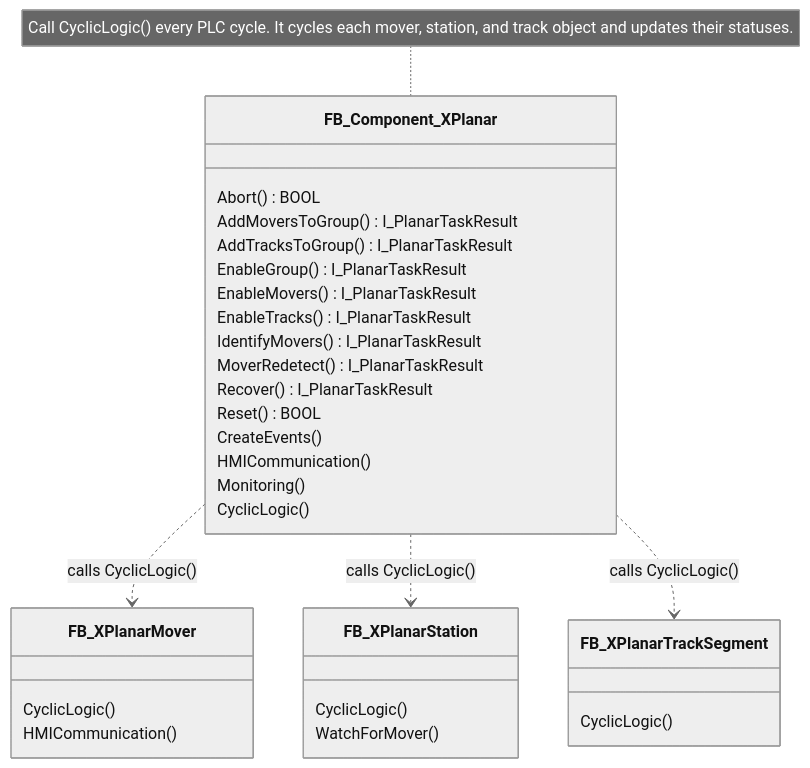
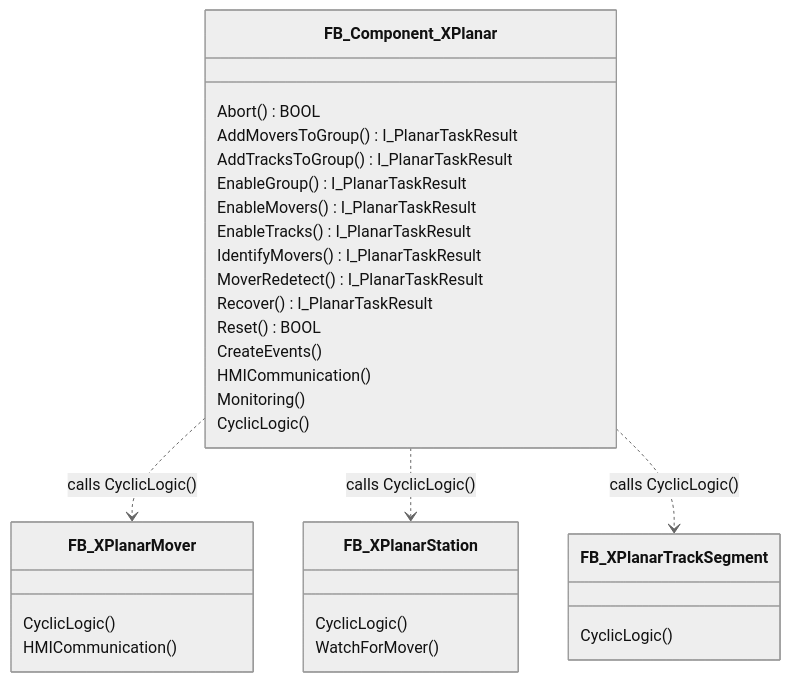
One commit to Beckhoff-USA-Community/XPlanarApplicationLibrary changed the second of 5 diagrams in docs/index.md. Above: the diagram before and after it, drawn with Mermaid (neutral theme). The commit also changed other lines of this file, not shown here.

Commit message:
Move diagram notes into page text

````diff
--- a/docs/index.md
+++ b/docs/index.md
@@ -52,38 +54,36 @@
 ```mermaid
 classDiagram
     direction TB
 
     class FB_Component_XPlanar{
         Abort() BOOL
         AddMoversToGroup() I_PlanarTaskResult
         AddTracksToGroup() I_PlanarTaskResult
         EnableGroup() I_PlanarTaskResult
         EnableMovers() I_PlanarTaskResult
         EnableTracks() I_PlanarTaskResult
         IdentifyMovers() I_PlanarTaskResult
         MoverRedetect() I_PlanarTaskResult
         Recover() I_PlanarTaskResult
         Reset() BOOL
         CreateEvents()
         HMICommunication()
         Monitoring()
         CyclicLogic()
     }
     class FB_XPlanarMover{
         CyclicLogic()
         HMICommunication()
     }
     class FB_XPlanarStation{
         CyclicLogic()
         WatchForMover()
     }
     class FB_XPlanarTrackSegment{
         CyclicLogic()
     }
 
     FB_Component_XPlanar ..> FB_XPlanarMover : calls CyclicLogic()
     FB_Component_XPlanar ..> FB_XPlanarStation : calls CyclicLogic()
     FB_Component_XPlanar ..> FB_XPlanarTrackSegment : calls CyclicLogic()
-
-    note for FB_Component_XPlanar "Call CyclicLogic() every PLC cycle. It cycles each mover, station, and track object and updates their statuses."
 ```
````
